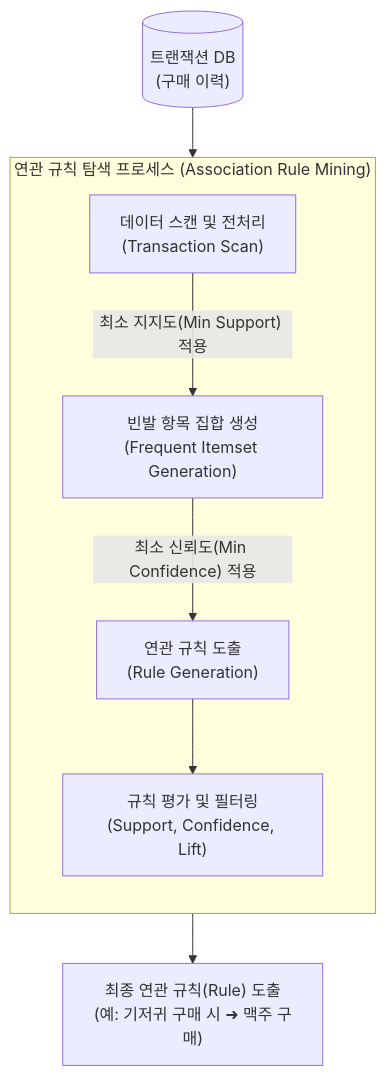
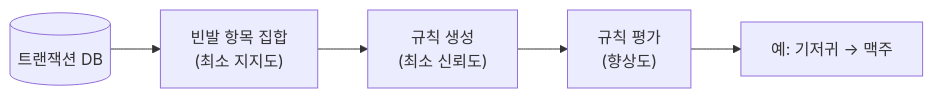
One commit to supremethumb/supremethumb.github.io changed the diagram in content/01_IT Tech/연관화.md. Above: the diagram before and after it, drawn with Mermaid. The commit also changed other lines of this file and 1087 other files, not shown here.

````diff
--- a/content/01_IT Tech/연관화.md
+++ b/content/01_IT Tech/연관화.md
@@ -23,22 +35,7 @@
 ```mermaid
-flowchart TD
-    DB[("트랜잭션 DB<br/>(구매 이력)")]
-    
-    subgraph "연관 규칙 탐색 프로세스 (Association Rule Mining)"
-        direction TB
-        Scan["데이터 스캔 및 전처리<br/>(Transaction Scan)"]
-        Apriori["빈발 항목 집합 생성<br/>(Frequent Itemset Generation)"]
-        Rule["연관 규칙 도출<br/>(Rule Generation)"]
-        Eval["규칙 평가 및 필터링<br/>(Support, Confidence, Lift)"]
-
-        Scan --> |"최소 지지도(Min Support) 적용"| Apriori
-        Apriori --> |"최소 신뢰도(Min Confidence) 적용"| Rule
-        Rule --> Eval
-    end
-    
-    Result["최종 연관 규칙(Rule) 도출<br/>(예: 기저귀 구매 시 ➜ 맥주 구매)"]
-
-    DB --> Scan
-    Eval --> Result
-
+flowchart LR
+    DB[("트랜잭션 DB")] --> F["빈발 항목 집합<br/>(최소 지지도)"]
+    F --> R["규칙 생성<br/>(최소 신뢰도)"]
+    R --> E["규칙 평가<br/>(향상도)"]
+    E --> O["예: 기저귀 → 맥주"]
 ```
````
